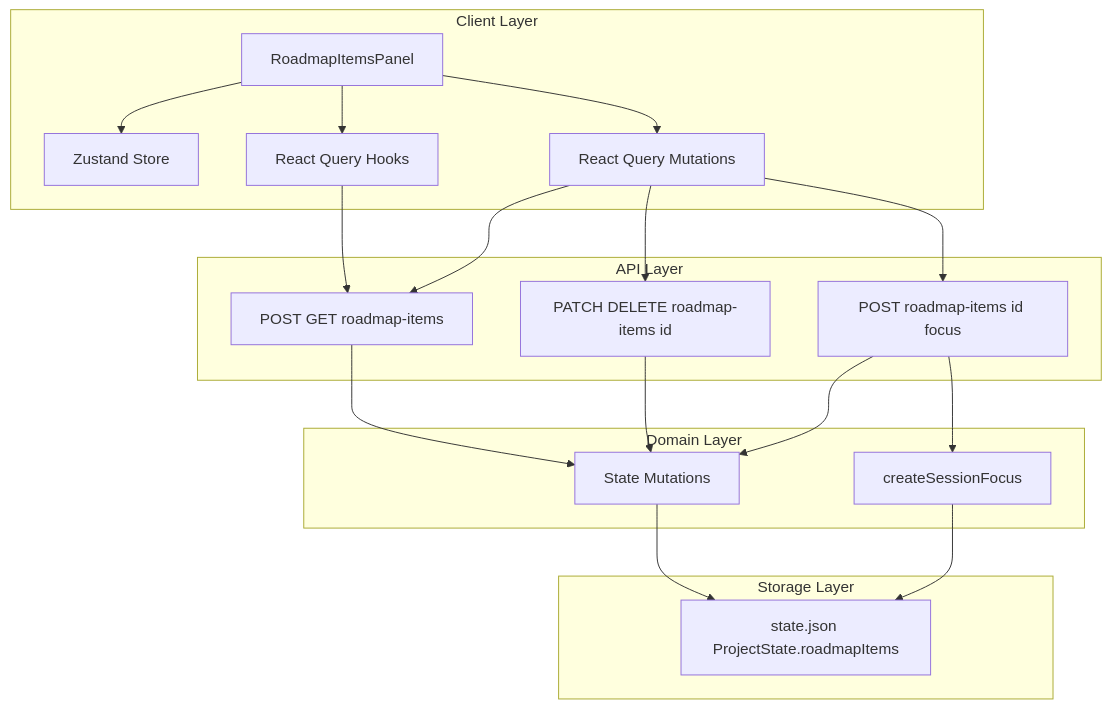
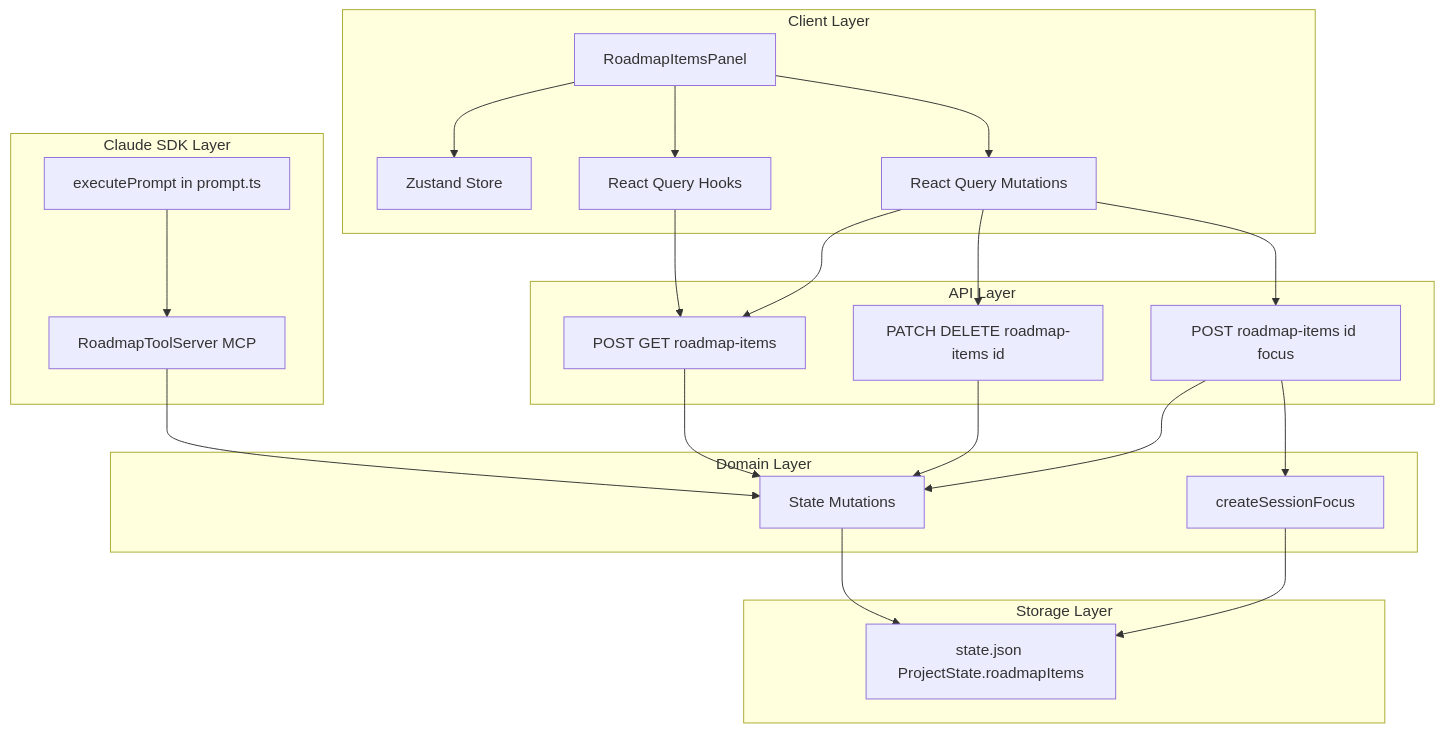
The first of 2 diagrams in .kiro/specs/roadmap-item-tracker/design.md (amhuppert/remote-ai-manager), drawn with Mermaid before and after one commit. The commit also changed other lines of this file and 7 other files, not shown here.

Commit message:
Merge csm/custom-roadmap-tools into main

````diff
--- a/.kiro/specs/roadmap-item-tracker/design.md
+++ b/.kiro/specs/roadmap-item-tracker/design.md
@@ -40,38 +42,45 @@
 ```mermaid
 graph TB
     subgraph Client[Client Layer]
         Panel[RoadmapItemsPanel]
         Store[Zustand Store]
         Queries[React Query Hooks]
         Mutations[React Query Mutations]
+    end
+
+    subgraph SDK[Claude SDK Layer]
+        PromptExecutor[executePrompt in prompt.ts]
+        RoadmapMCP[RoadmapToolServer MCP]
     end
 
     subgraph API[API Layer]
         ListCreate[POST GET roadmap-items]
         UpdateDelete[PATCH DELETE roadmap-items id]
         Focus[POST roadmap-items id focus]
     end
 
     subgraph Domain[Domain Layer]
         StateMutations[State Mutations]
         SessionCreation[createSessionFocus]
     end
 
     subgraph Storage[Storage Layer]
         StateFile[state.json ProjectState.roadmapItems]
     end
 
     Panel --> Queries
     Panel --> Mutations
     Panel --> Store
     Queries --> ListCreate
     Mutations --> ListCreate
     Mutations --> UpdateDelete
     Mutations --> Focus
+    PromptExecutor --> RoadmapMCP
+    RoadmapMCP --> StateMutations
     ListCreate --> StateMutations
     UpdateDelete --> StateMutations
     Focus --> StateMutations
     Focus --> SessionCreation
     StateMutations --> StateFile
     SessionCreation --> StateFile
 ```
````
